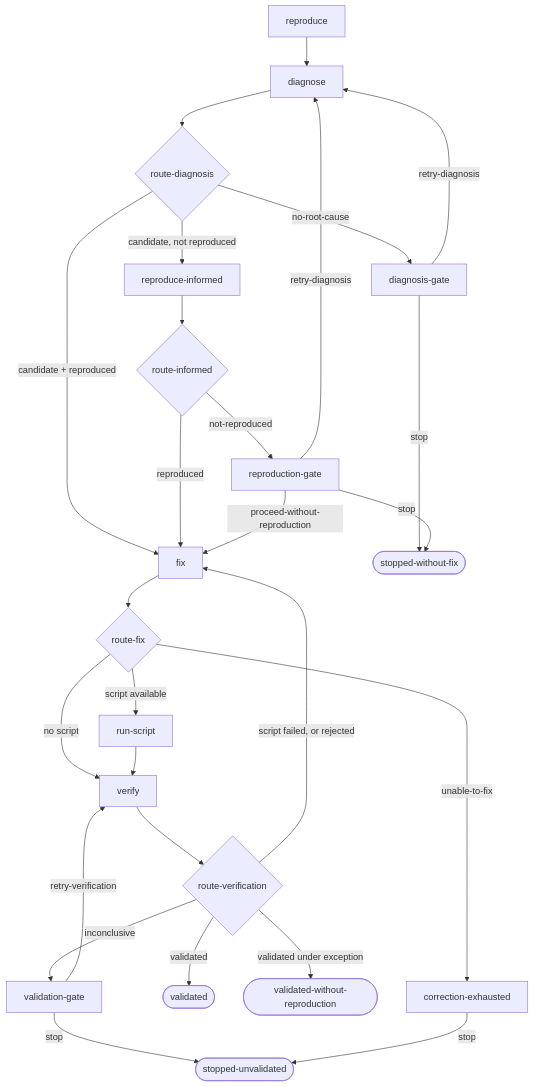
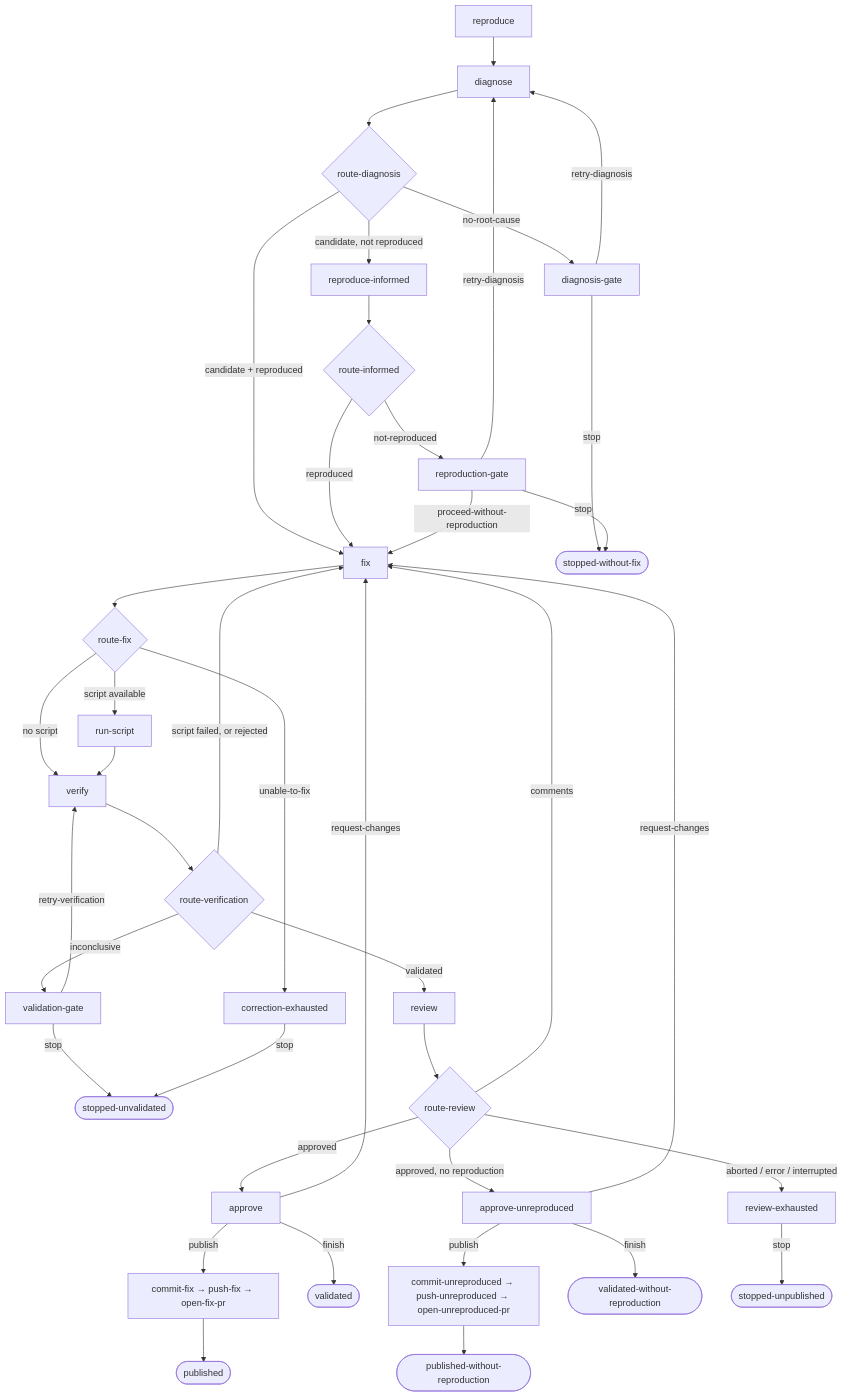
One commit to bjornt/ompire changed the diagram in docs/use/reference/bugfix-workflow.md. Above: the diagram before and after it, drawn with Mermaid. The commit also changed other lines of this file and 86 other files, not shown here.

````diff
--- a/docs/use/reference/bugfix-workflow.md
+++ b/docs/use/reference/bugfix-workflow.md
@@ -58,29 +66,42 @@
 ```mermaid
 flowchart TD
     R[reproduce] --> D[diagnose]
     D --> RD{route-diagnosis}
     RD -->|no-root-cause| DG[diagnosis-gate]
     RD -->|candidate + reproduced| F[fix]
     RD -->|candidate, not reproduced| RI[reproduce-informed]
     RI --> RIN{route-informed}
     RIN -->|reproduced| F
     RIN -->|not-reproduced| RG[reproduction-gate]
     DG -->|retry-diagnosis| D
     DG -->|stop| SW([stopped-without-fix])
     RG -->|retry-diagnosis| D
     RG -->|proceed-without-reproduction| F
     RG -->|stop| SW
     F --> RF{route-fix}
     RF -->|unable-to-fix| CE[correction-exhausted]
     RF -->|script available| RS[run-script]
     RF -->|no script| V[verify]
     RS --> V
     V --> RV{route-verification}
     RV -->|script failed, or rejected| F
-    RV -->|validated| OK([validated])
-    RV -->|validated under exception| OKX([validated-without-reproduction])
+    RV -->|validated| REV[review]
     RV -->|inconclusive| VG[validation-gate]
     VG -->|retry-verification| V
     VG -->|stop| SU([stopped-unvalidated])
     CE -->|stop| SU
+    REV --> RR{route-review}
+    RR -->|approved| A[approve]
+    RR -->|approved, no reproduction| AX[approve-unreproduced]
+    RR -->|comments| F
+    RR -->|aborted / error / interrupted| RE[review-exhausted]
+    A -->|publish| P[commit-fix → push-fix → open-fix-pr]
+    A -->|request-changes| F
+    A -->|finish| OK([validated])
+    P --> PUB([published])
+    AX -->|publish| PX[commit-unreproduced → push-unreproduced → open-unreproduced-pr]
+    AX -->|request-changes| F
+    AX -->|finish| OKX([validated-without-reproduction])
+    PX --> PUBX([published-without-reproduction])
+    RE -->|stop| SP([stopped-unpublished])
 ```
````
